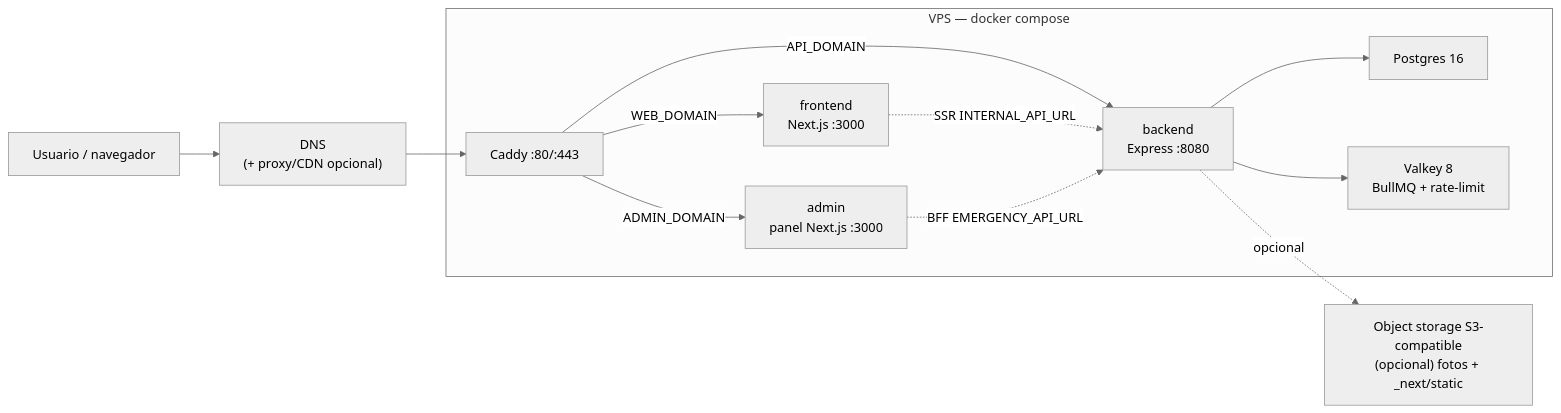
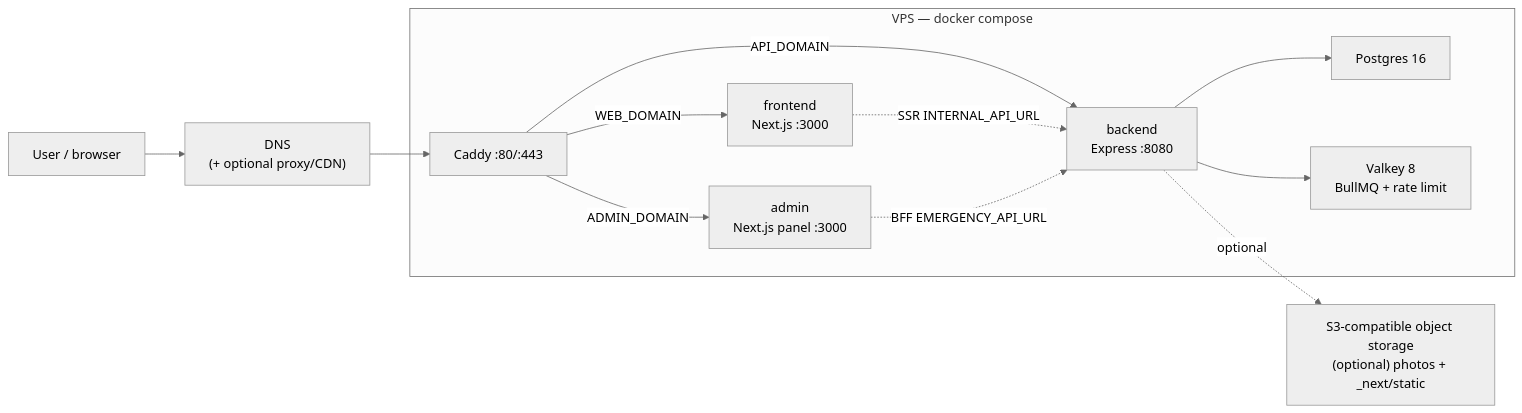
Before and after one commit to mallanet/Terremotocolombia: the first of 4 diagrams in docs/architecture.md, drawn with Mermaid (neutral theme). The commit also changed other lines of this file and 16 other files, not shown here.

````diff
--- a/docs/architecture.md
+++ b/docs/architecture.md
@@ -48,25 +57,25 @@
 ```mermaid
 flowchart LR
-    user["Usuario / navegador"]
-    dns["DNS<br/>(+ proxy/CDN opcional)"]
-    storage["Object storage S3-compatible<br/>(opcional) fotos + _next/static"]
+    user["User / browser"]
+    dns["DNS<br/>(+ optional proxy/CDN)"]
+    storage["S3-compatible object storage<br/>(optional) photos + _next/static"]
 
     subgraph vps["VPS — docker compose"]
         caddy["Caddy :80/:443"]
         frontend["frontend<br/>Next.js :3000"]
         backend["backend<br/>Express :8080"]
-        admin["admin<br/>panel Next.js :3000"]
+        admin["admin<br/>Next.js panel :3000"]
         pg["Postgres 16"]
-        valkey["Valkey 8<br/>BullMQ + rate-limit"]
+        valkey["Valkey 8<br/>BullMQ + rate limit"]
     end
 
     user --> dns --> caddy
     caddy -->|WEB_DOMAIN| frontend
     caddy -->|API_DOMAIN| backend
     caddy -->|ADMIN_DOMAIN| admin
     frontend -.SSR INTERNAL_API_URL.-> backend
     admin -.BFF EMERGENCY_API_URL.-> backend
     backend --> pg
     backend --> valkey
-    backend -.opcional.-> storage
+    backend -.optional.-> storage
 ```
````
